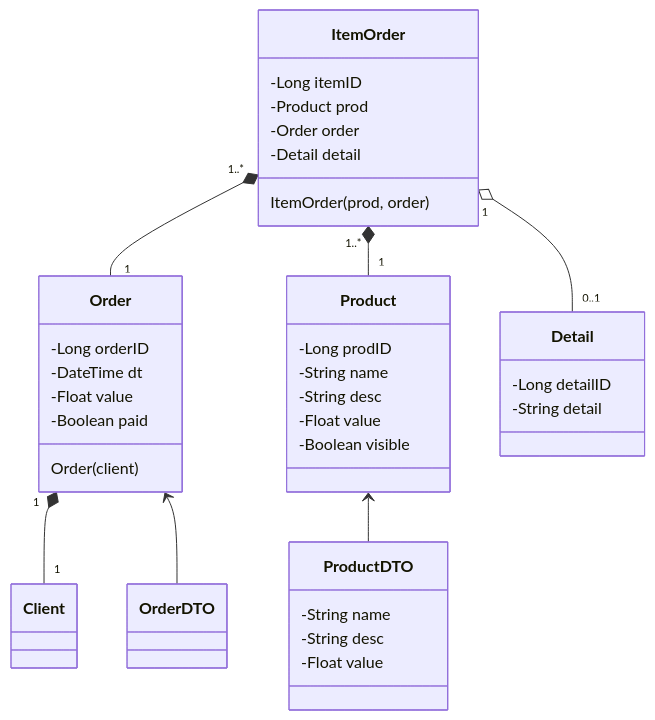
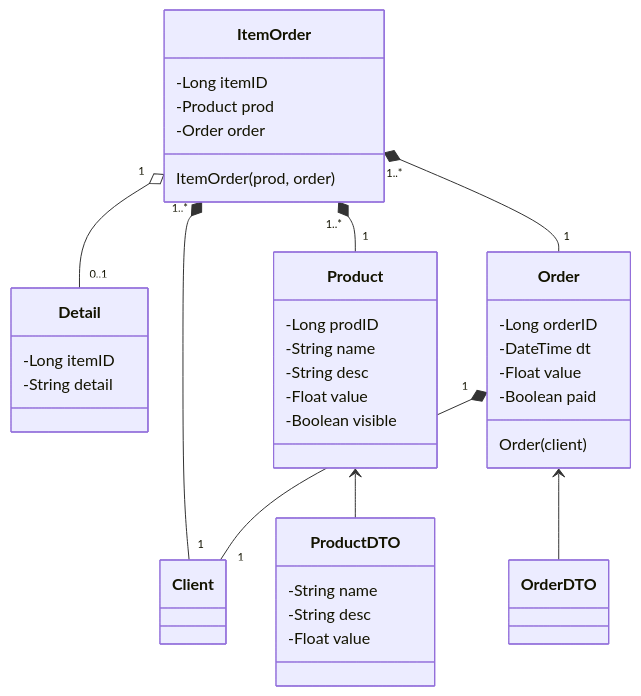
Before and after one commit to LocoUnPocoNadaMas/barcito: the fourth of 4 diagrams in README.md, drawn with Mermaid. The commit also changed other lines of this file and 11 other files, not shown here.

````diff
--- a/README.md
+++ b/README.md
@@ -53,39 +54,41 @@
 ```mermaid
 classDiagram
-ItemOrder "1..*" *-- "1" Order
+ItemOrder "1" o-- "0..1" Detail
+ItemOrder "1..*" *-- "1" Client
 ItemOrder "1..*" *-- "1" Product
+ItemOrder "1..*" *-- "1" Order 
 Order "1" *-- "1" Client
-ItemOrder "1" o-- "0..1" Detail
+
 Product <-- ProductDTO
 Order <-- OrderDTO
+
 class ItemOrder{
 -Long itemID
 -Product prod
 -Order order
--Detail detail
 ItemOrder(prod, order)
 }
 class Order{
 -Long orderID
 -DateTime dt
 -Float value
 -Boolean paid
 Order(client)
 }
 class Product {
 -Long prodID
 -String name
 -String desc
 -Float value
 -Boolean visible
 }
 class Detail {
--Long detailID
+-Long itemID
 -String detail
 }
 class ProductDTO {
 -String name
 -String desc
 -Float value
 }
 ```
````
